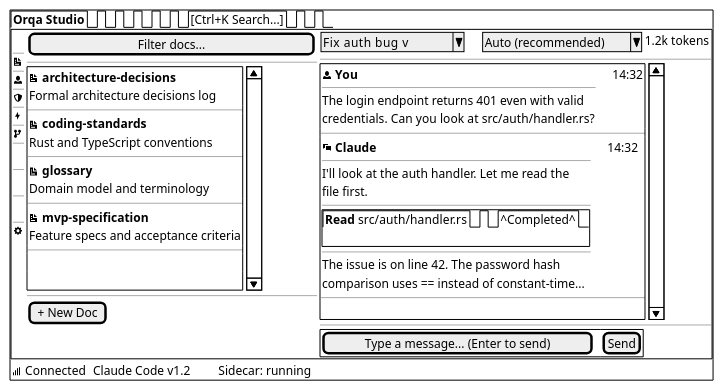
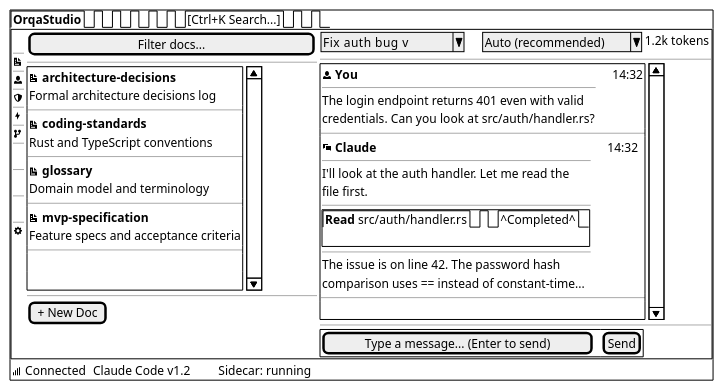
One commit to orqastudio/app changed the second of 4 diagrams in docs/wireframes/core-layout.md. Above: the diagram before and after it, drawn with PlantUML. The commit also changed other lines of this file and 177 other files, not shown here.

````diff
--- a/docs/wireframes/core-layout.md
+++ b/docs/wireframes/core-layout.md
@@ -146,7 +146,7 @@
 ```plantuml
 @startsalt
 {+
-  {/ <b>Orqa Studio</b> | . | . | . | . | . | [Ctrl+K Search...] | . | . }
+  {/ <b>OrqaStudio</b> | . | . | . | . | . | [Ctrl+K Search...] | . | . }
   {+
     {
       <&grid>
````
